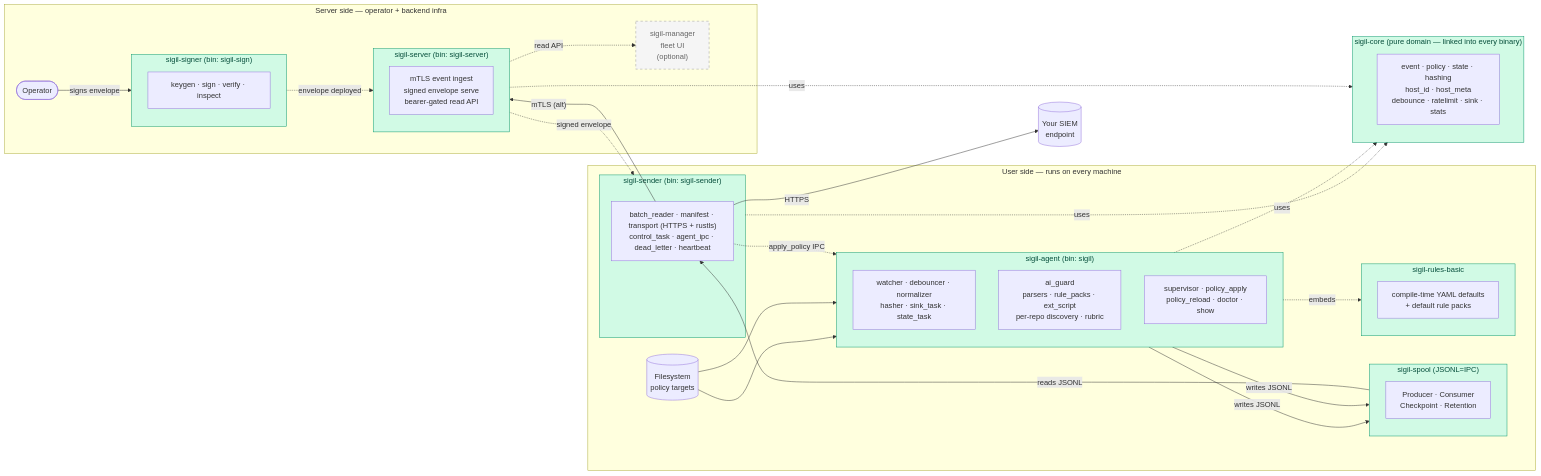
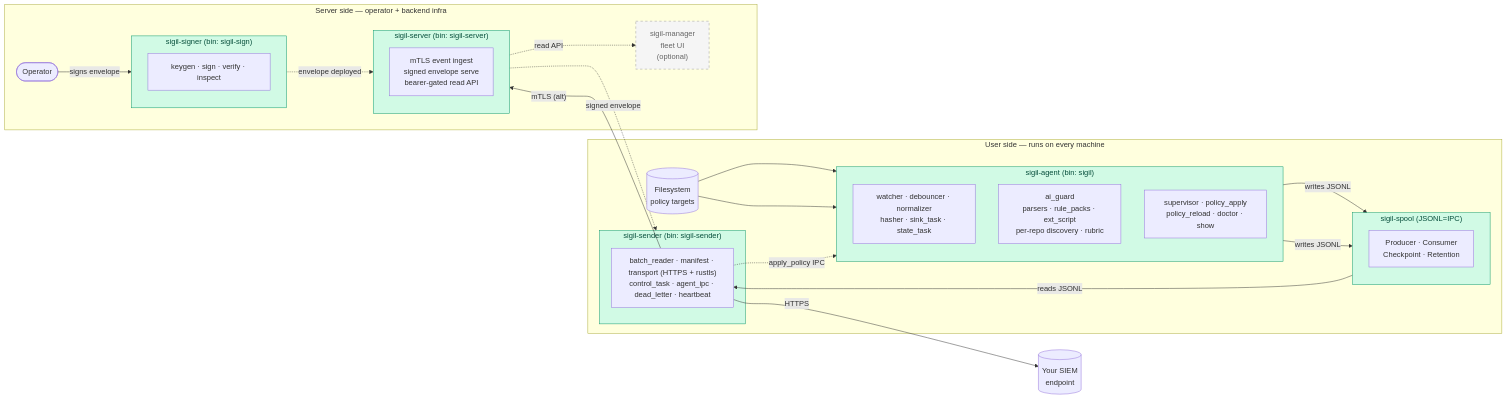
The diagram in README.md (Ju571nK/sigil), drawn with Mermaid before and after one commit. The commit also changed other lines of this file, not shown here.

Commit message:
docs(readme): drop pure libraries from the runtime diagram
sigil-core and sigil-rules-basic are build-time libraries compiled into the
binaries — they have no standalone runtime/physical location and only carried
build-time `uses`/`embeds` edges. Remove them (and their edges/styles) from the
location diagram so it shows only what runs and the data/control flows between
machines; keep sigil-spool (it backs the real on-disk agent->sender queue). Add
a one-line caption noting the diagram is a runtime view and the libraries
compile into the binaries above.

````diff
--- a/README.md
+++ b/README.md
@@ -207,10 +212,6 @@
         subgraph sender["sigil-sender (bin: sigil-sender)"]
             s_pipe["batch_reader · manifest · transport (HTTPS + rustls)<br/>control_task · agent_ipc · dead_letter · heartbeat"]
         end
-
-        subgraph rules["sigil-rules-basic"]
-            rulesmods["compile-time YAML defaults<br/>+ default rule packs"]
-        end
     end
 
     %% ============ SERVER SIDE — operator + backend infra ============
@@ -228,12 +229,8 @@
         manager["sigil-manager<br/>fleet UI<br/>(optional)"]:::optional
     end
 
-    %% Not tied to one machine: external sink + the shared library
+    %% External sink — your existing system (not part of Sigil)
     SIEM[("Your SIEM<br/>endpoint")]
-
-    subgraph core["sigil-core (pure domain — linked into every binary)"]
-        coremods["event · policy · state · hashing<br/>host_id · host_meta<br/>debounce · ratelimit · sink · stats"]
-    end
 
     %% Data plane
     FS --> a_pipe
@@ -253,20 +250,12 @@
     %% Optional consumer
     server -. "read API" .-> manager
 
-    %% Library deps
-    agent -. uses .-> core
-    sender -. uses .-> core
-    server -. uses .-> core
-    agent -. embeds .-> rules
-
     classDef optional stroke-dasharray: 5 5,fill:#f5f5f5,stroke:#999,color:#666
 
     %% Components (crates) in green so they stand out from the location boxes
     style agent  fill:#d1fae5,stroke:#059669,color:#064e3b
     style spool  fill:#d1fae5,stroke:#059669,color:#064e3b
     style sender fill:#d1fae5,stroke:#059669,color:#064e3b
-    style rules  fill:#d1fae5,stroke:#059669,color:#064e3b
     style signer fill:#d1fae5,stroke:#059669,color:#064e3b
     style server fill:#d1fae5,stroke:#059669,color:#064e3b
-    style core   fill:#d1fae5,stroke:#059669,color:#064e3b
 ```
````
